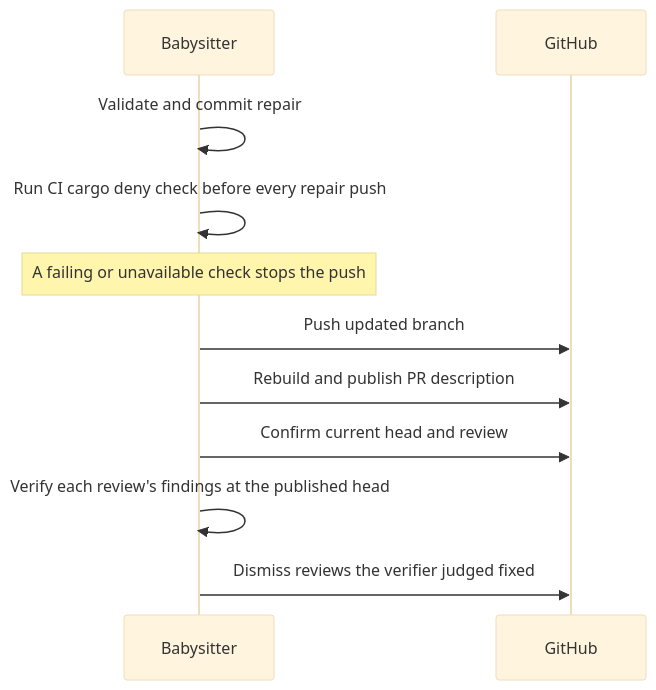
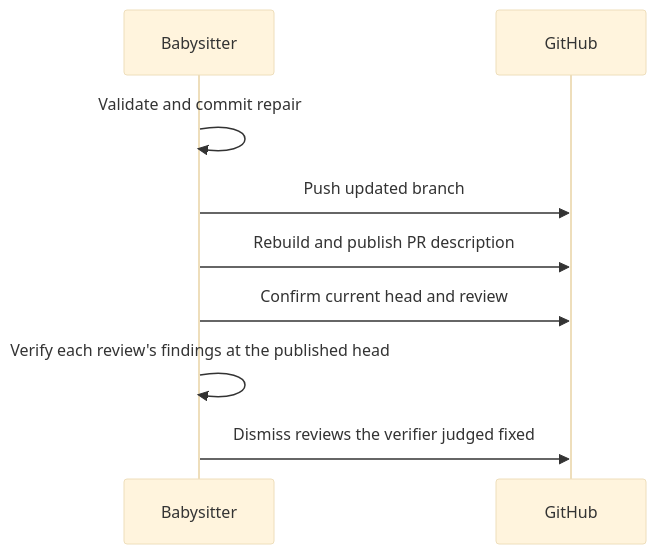
The first of 2 diagrams in docs/workflows/fleet-pr-babysitter.md (stSoftwareAU/VibeCoder), drawn with Mermaid (base theme) before and after one commit. The commit also changed other lines of this file and 18 other files, not shown here.

First line of the commit message:
Address PR #4895 review: no host-side babysitter cargo deny, CI-faithful gate

````diff
--- a/docs/workflows/fleet-pr-babysitter.md
+++ b/docs/workflows/fleet-pr-babysitter.md
@@ -56,13 +48,11 @@
 ```mermaid
 sequenceDiagram
     participant B as Babysitter
     participant G as GitHub
     B->>B: Validate and commit repair
-    B->>B: Run CI cargo deny check before every repair push
-    Note over B: A failing or unavailable check stops the push
     B->>G: Push updated branch
     B->>G: Rebuild and publish PR description
     B->>G: Confirm current head and review
     B->>B: Verify each review's findings at the published head
     B->>G: Dismiss reviews the verifier judged fixed
 ```
````
